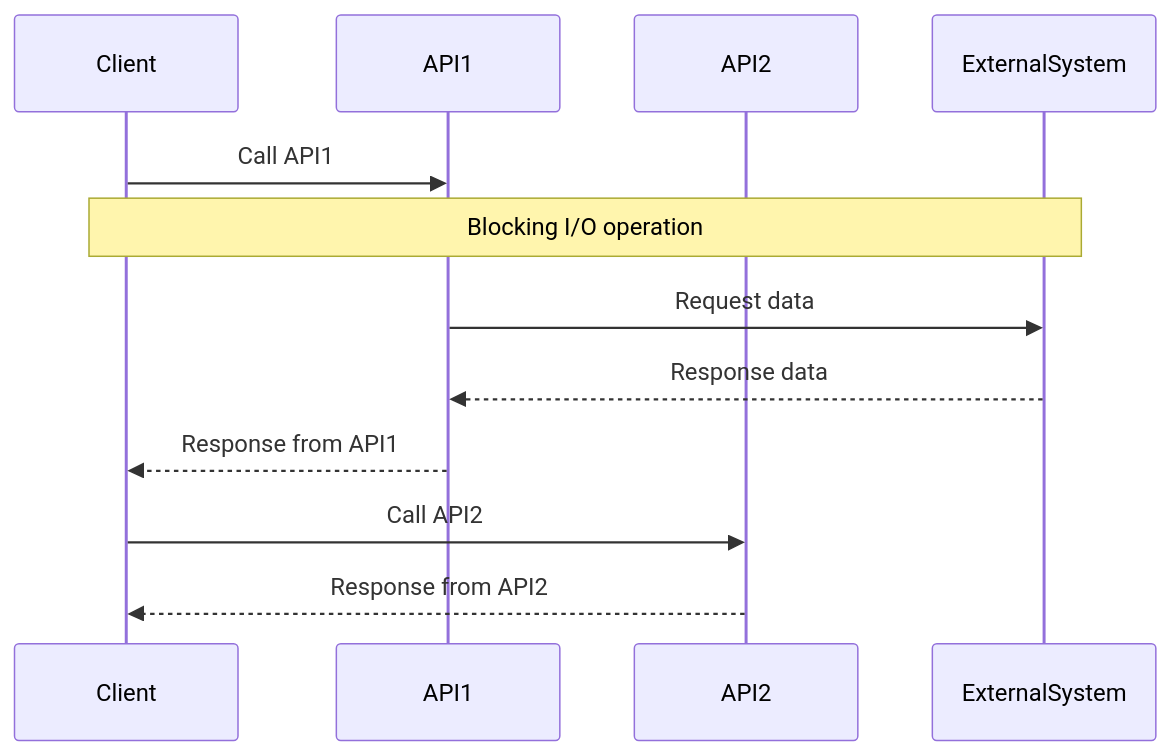
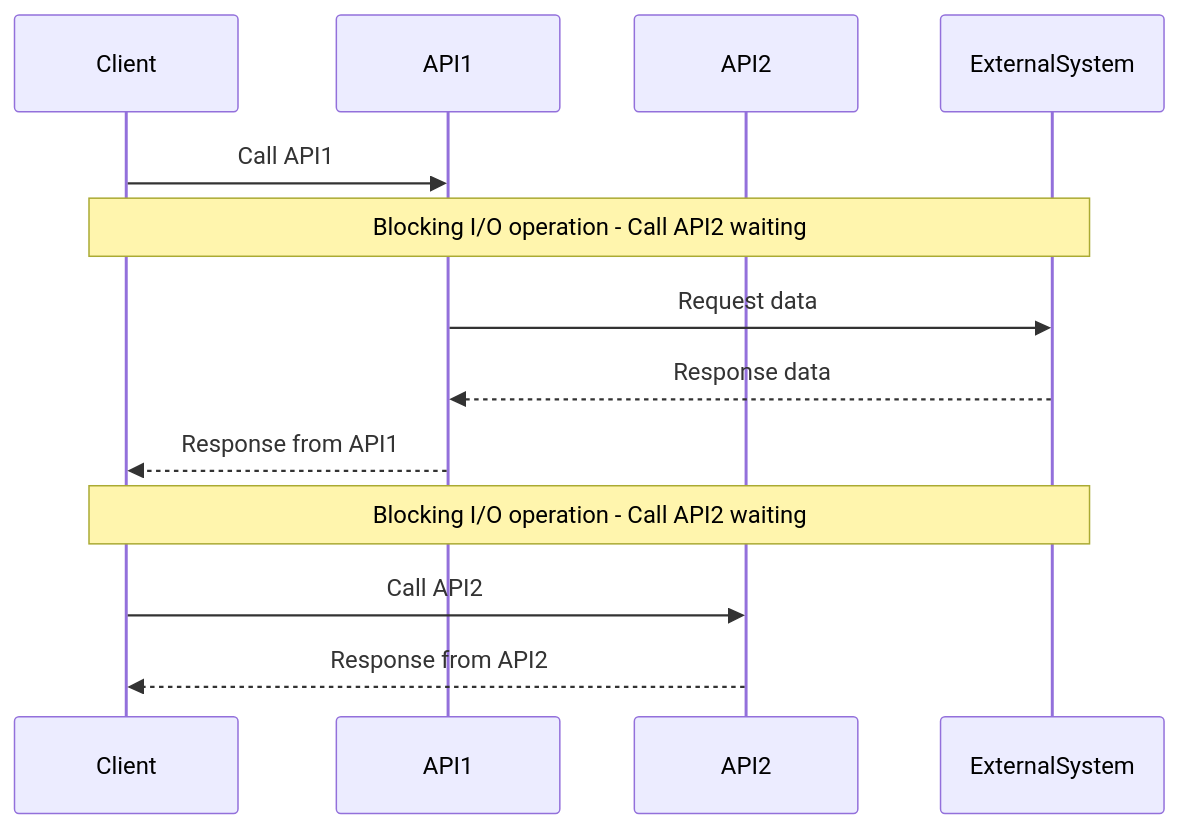
The second of 3 diagrams in _posts/Java/threads/2024-07-27-Multithreading-theory.md (nitinkc/nitinkc.github.io), drawn with Mermaid before and after one commit. The commit also changed other lines of this file and 3 other files, not shown here.

````diff
--- a/_posts/Java/threads/2024-07-27-Multithreading-theory.md
+++ b/_posts/Java/threads/2024-07-27-Multithreading-theory.md
@@ -285,15 +306,17 @@
 ```mermaid!
 sequenceDiagram
   participant Client
   participant API1
   participant API2
   participant ExternalSystem
 
   Client ->> API1: Call API1
-  Note over Client, ExternalSystem: Blocking I/O operation
+  Note over Client, ExternalSystem: Blocking I/O operation - Call API2 waiting
   API1 ->> ExternalSystem: Request data
   ExternalSystem -->> API1: Response data
   API1 -->> Client: Response from API1
+  Note over Client, ExternalSystem: Blocking I/O operation - Call API2 waiting
+  
   Client ->> API2: Call API2
   API2 -->> Client: Response from API2
 ```
````
